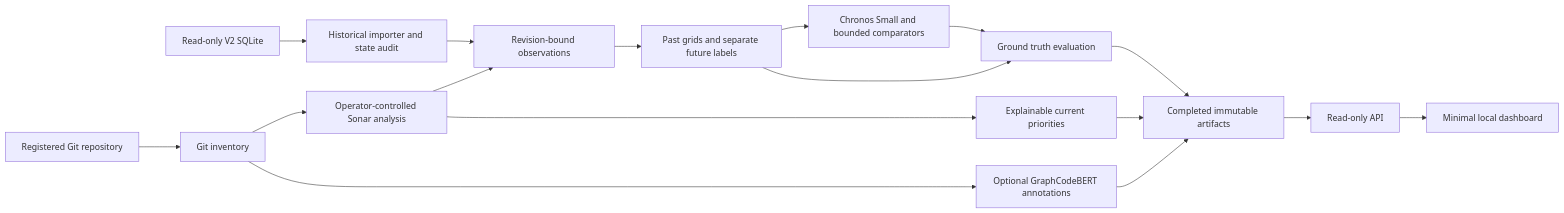
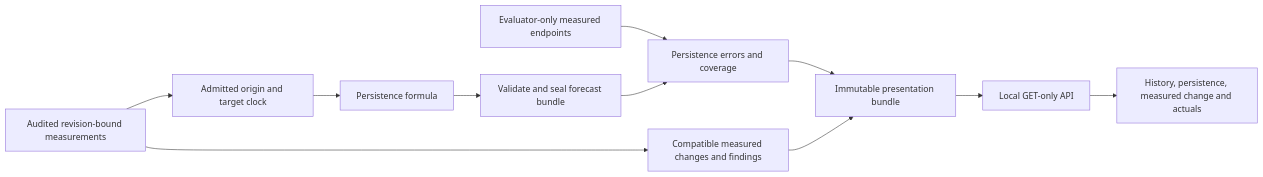
One commit to httpHadary/TRACE_Technical-Debt-Intelligence-Platform changed the diagram in architecture-redesign/2026-10-13-forecasting-mvp/MVP_ARCHITECTURE.md. Above: the diagram before and after it, drawn with Mermaid. The commit also changed other lines of this file and 31 other files, not shown here.

Commit message:
feat: add persistence-only MVP flow

````diff
--- a/architecture-redesign/2026-10-13-forecasting-mvp/MVP_ARCHITECTURE.md
+++ b/architecture-redesign/2026-10-13-forecasting-mvp/MVP_ARCHITECTURE.md
@@ -19,19 +13,13 @@
 ```mermaid
 flowchart LR
-  V2[Read-only V2 SQLite] --> IMPORT[Historical importer and state audit]
-  GIT[Registered Git repository] --> INGEST[Git inventory]
-  INGEST --> SCAN[Operator-controlled Sonar analysis]
-  SCAN --> OBS[Revision-bound observations]
-  IMPORT --> OBS
-  OBS --> DATA[Past grids and separate future labels]
-  DATA --> PRED[Chronos Small and bounded comparators]
-  PRED --> EVAL[Ground truth evaluation]
-  DATA --> EVAL
-  SCAN --> RANK[Explainable current priorities]
-  INGEST --> GRAPH[Optional GraphCodeBERT annotations]
-  EVAL --> BUNDLE[Completed immutable artifacts]
-  RANK --> BUNDLE
-  GRAPH --> BUNDLE
-  BUNDLE --> API[Read-only API]
-  API --> UI[Minimal local dashboard]
+    OBS[Audited revision-bound measurements] --> INPUT[Admitted origin and target clock]
+    INPUT --> P[Persistence formula]
+    P --> SEAL[Validate and seal forecast bundle]
+    LABELS[Evaluator-only measured endpoints] --> EVAL[Persistence errors and coverage]
+    SEAL --> EVAL
+    OBS --> CHANGE[Compatible measured changes and findings]
+    EVAL --> BUNDLE[Immutable presentation bundle]
+    CHANGE --> BUNDLE
+    BUNDLE --> API[Local GET-only API]
+    API --> UI[History, persistence, measured change and actuals]
 ```
````
